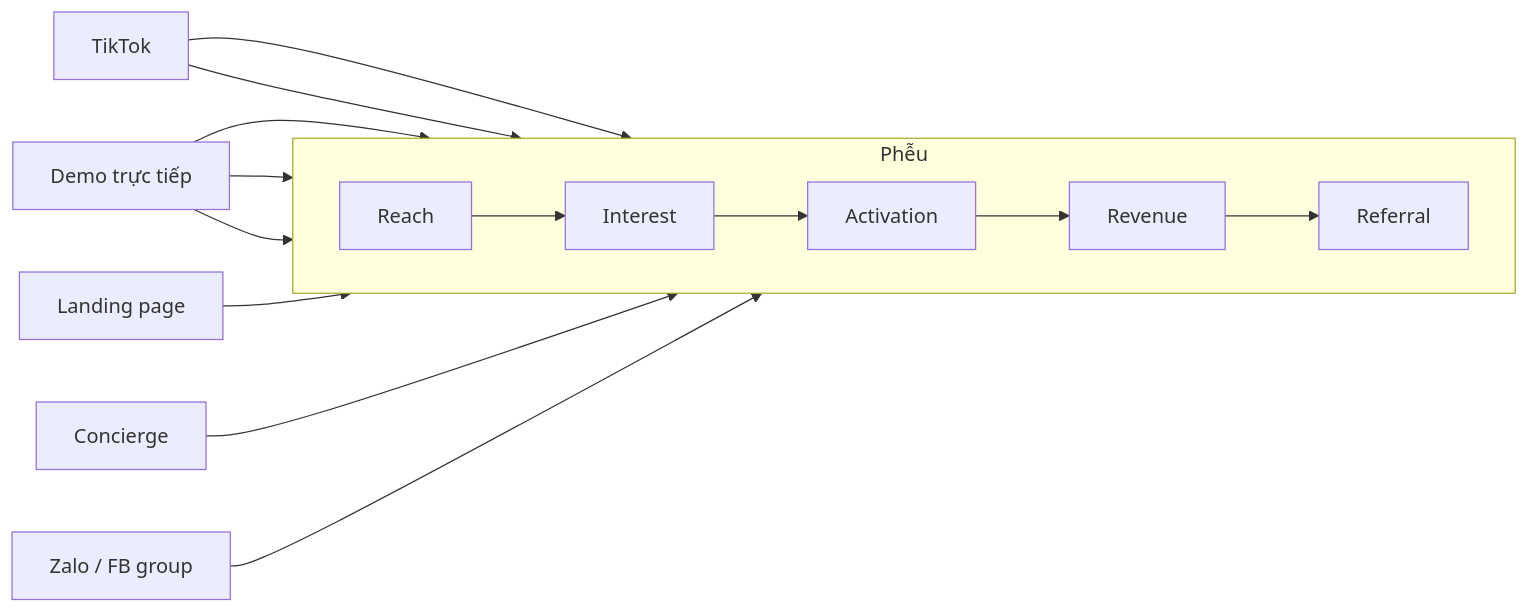
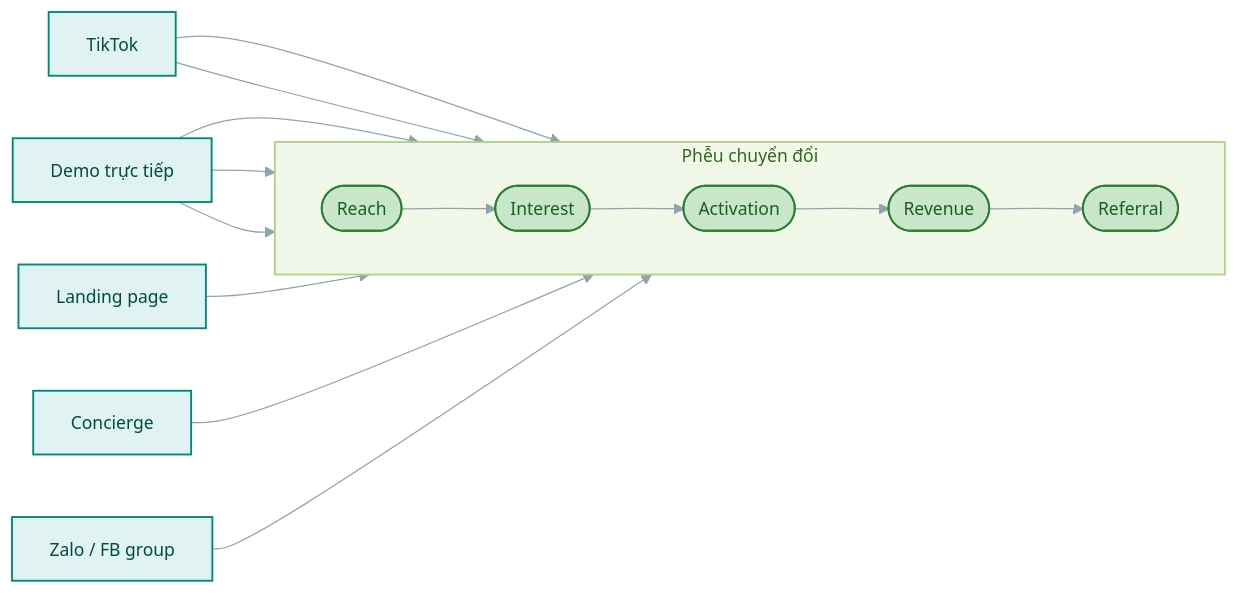
One commit to KieuDuyennn/start-up_nutriplan changed the first of 2 diagrams in docs/PA3-quang-ba/05-kenh-quang-ba.md. Above: the diagram before and after it, drawn with Mermaid. The commit also changed other lines of this file, not shown here.

Commit message:
style(pa3): restyle item 5 channel and 7P diagrams

````diff
--- a/docs/PA3-quang-ba/05-kenh-quang-ba.md
+++ b/docs/PA3-quang-ba/05-kenh-quang-ba.md
@@ -85,15 +85,21 @@
 ```mermaid
+%%{init: {'theme':'base','themeVariables':{'fontFamily':'Segoe UI, Roboto, sans-serif','fontSize':'14px','lineColor':'#90A4AE'}}}%%
 flowchart LR
-  subgraph Phễu
+  subgraph FUNNEL["Phễu chuyển đổi"]
     direction LR
-    R["Reach"] --> I["Interest"] --> Ac["Activation"] --> Rev["Revenue"] --> Ref["Referral"]
+    R(["Reach"]) --> I(["Interest"]) --> Ac(["Activation"]) --> Rev(["Revenue"]) --> Ref(["Referral"])
   end
   TikTok["TikTok"] --> R
   TikTok --> I
   Demo["Demo trực tiếp"] --> I
   Demo --> Ac
   Demo --> Rev
   LP["Landing page"] --> Ac
   Concierge["Concierge"] --> Rev
   Zalo["Zalo / FB group"] --> Ref
+  classDef stage fill:#C8E6C9,stroke:#2E7D32,stroke-width:1.5px,color:#1B5E20;
+  classDef chan fill:#E0F2F1,stroke:#00897B,stroke-width:1.5px,color:#004D40;
+  class R,I,Ac,Rev,Ref stage;
+  class TikTok,Demo,LP,Concierge,Zalo chan;
+  style FUNNEL fill:#F1F8E9,stroke:#AED581,stroke-width:1.5px,color:#33691E;
 ```
````
